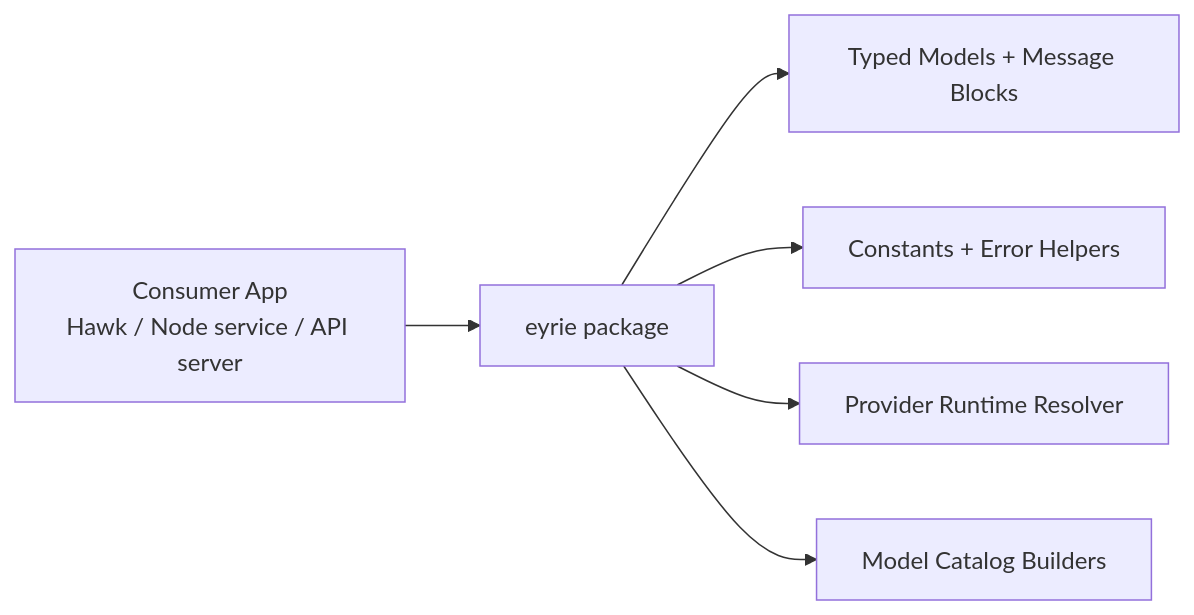
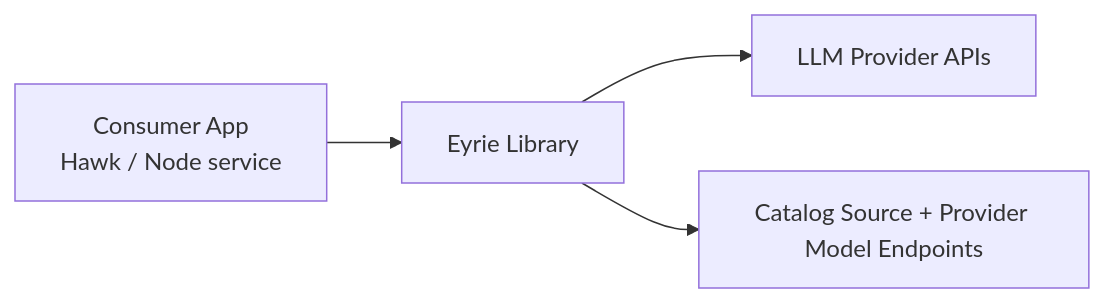
Before and after one commit to GrayCodeAI/eyrie: the first of 4 diagrams in ARCHITECTURE.md, drawn with Mermaid. The commit also changed other lines of this file, not shown here.

Commit message:
docs: add c4 architecture and core sequences

````diff
--- a/ARCHITECTURE.md
+++ b/ARCHITECTURE.md
@@ -5,8 +7,6 @@
 ```mermaid
 flowchart LR
-  APP[Consumer App<br/>Hawk / Node service / API server] --> E["eyrie package"]
-  E --> T[Typed Models + Message Blocks]
-  E --> K[Constants + Error Helpers]
-  E --> RR[Provider Runtime Resolver]
-  E --> MC[Model Catalog Builders]
+  APP[Consumer App<br/>Hawk / Node service] --> E[Eyrie Library]
+  E --> APIs[LLM Provider APIs]
+  E --> CATALOGSRC[Catalog Source + Provider Model Endpoints]
 ```
````
